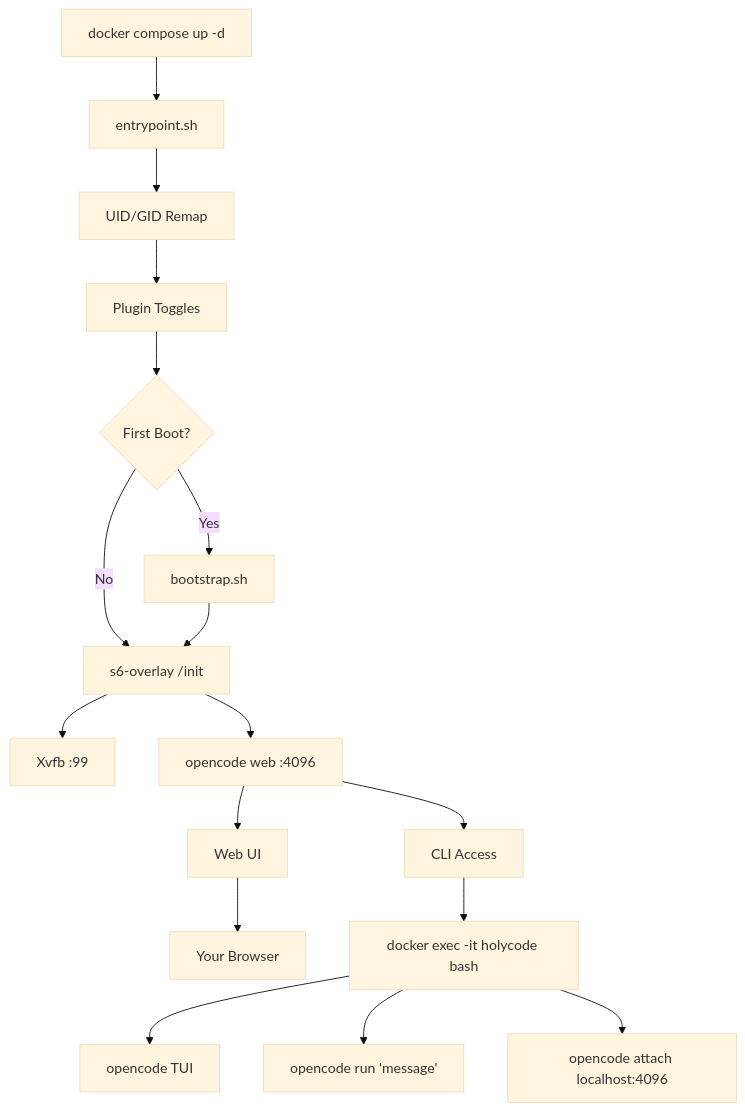
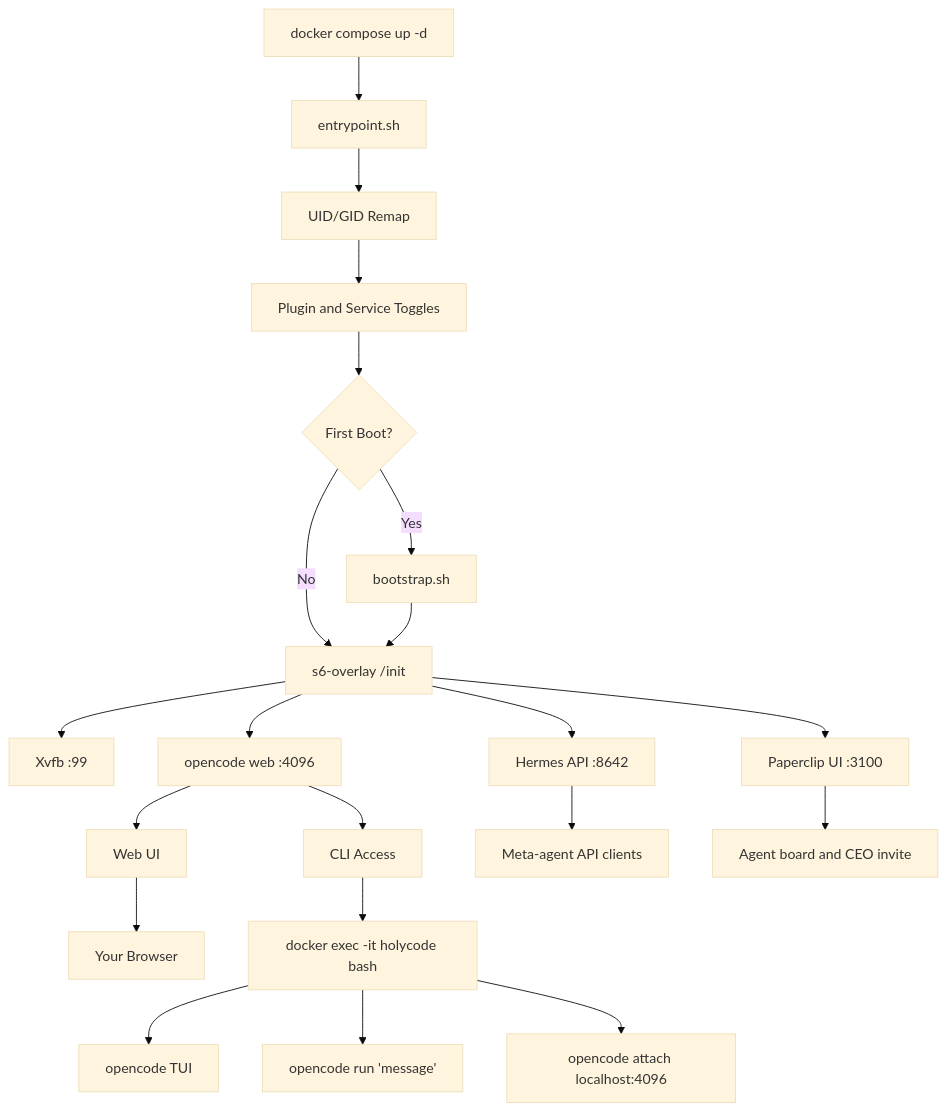
Before and after one commit to xiaden/HolyCode: the diagram in README.md, drawn with Mermaid (base theme). The commit also changed other lines of this file and 24 other files, not shown here.

````diff
--- a/README.md
+++ b/README.md
@@ -479,19 +571,23 @@
 ```mermaid
 graph TD
     A[docker compose up -d] --> B[entrypoint.sh]
     B --> C[UID/GID Remap]
-    C --> D[Plugin Toggles]
+    C --> D[Plugin and Service Toggles]
     D --> E{First Boot?}
     E -->|Yes| F[bootstrap.sh]
     E -->|No| G[s6-overlay /init]
     F --> G
     G --> H[Xvfb :99]
     G --> I[opencode web :4096]
+    G --> Q[Hermes API :8642]
+    G --> R[Paperclip UI :3100]
     I --> J[Web UI]
     J --> K[Your Browser]
     I --> L[CLI Access]
     L --> M[docker exec -it holycode bash]
     M --> N[opencode TUI]
     M --> O[opencode run 'message']
     M --> P[opencode attach localhost:4096]
+    Q --> S[Meta-agent API clients]
+    R --> T[Agent board and CEO invite]
 ```
````
